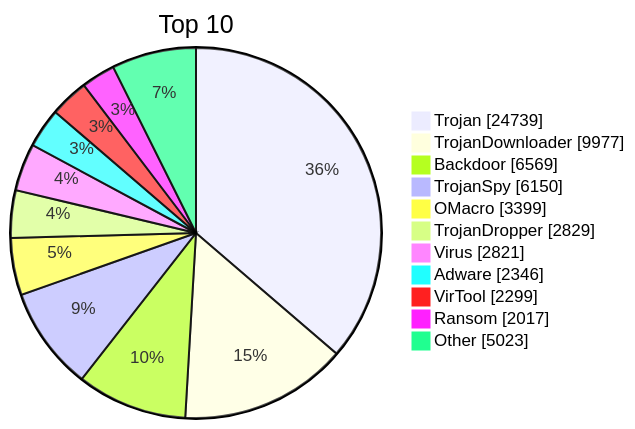
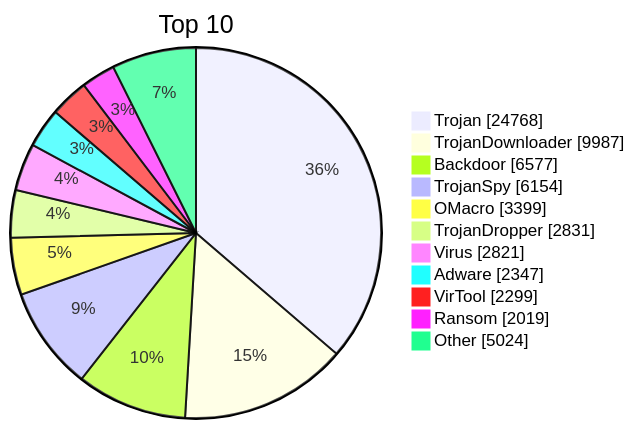
One commit to JerryLinLinLin/huorong-virdb-changelog changed the diagram in README.md. Above: the diagram before and after it, drawn with Mermaid. The commit also changed other lines of this file and 15 other files, not shown here.

````diff
--- a/README.md
+++ b/README.md
@@ -19,15 +19,15 @@
 ```mermaid
 pie showData
     title Top 10
-    "Trojan" : 24739
-    "TrojanDownloader" : 9977
-    "Backdoor" : 6569
-    "TrojanSpy" : 6150
+    "Trojan" : 24768
+    "TrojanDownloader" : 9987
+    "Backdoor" : 6577
+    "TrojanSpy" : 6154
     "OMacro" : 3399
-    "TrojanDropper" : 2829
+    "TrojanDropper" : 2831
     "Virus" : 2821
-    "Adware" : 2346
+    "Adware" : 2347
     "VirTool" : 2299
-    "Ransom" : 2017
-    "Other" : 5023
+    "Ransom" : 2019
+    "Other" : 5024
 ```
````
